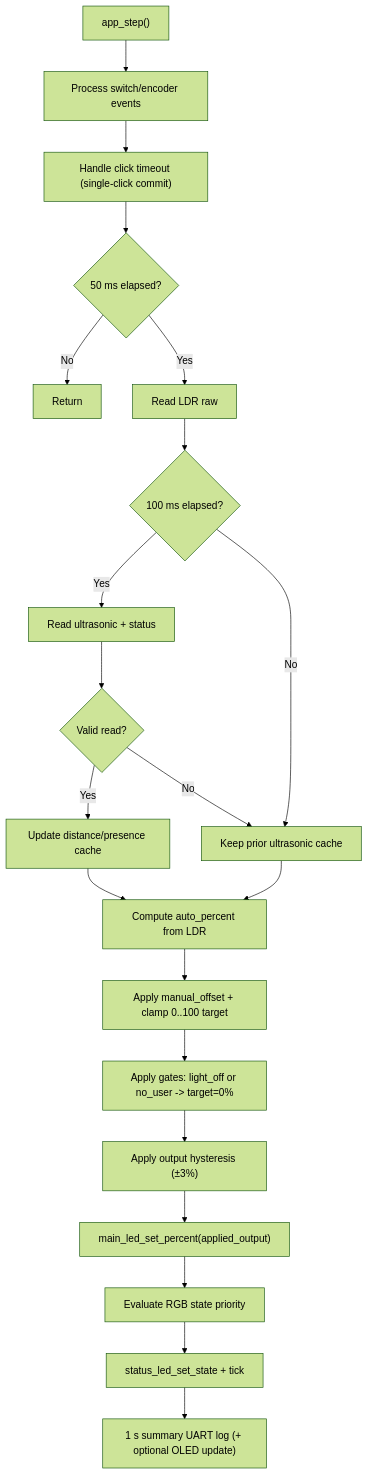
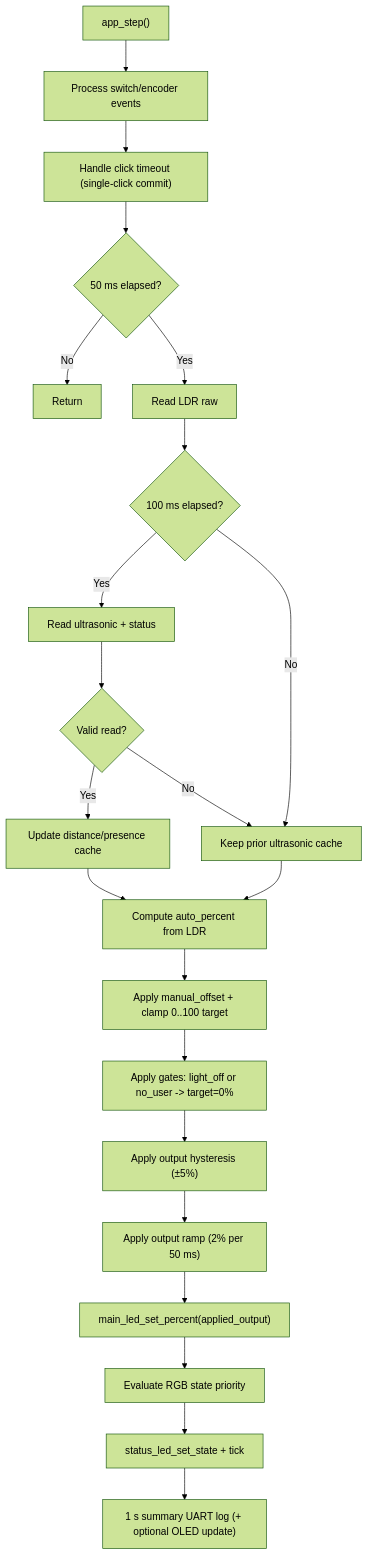
One commit to RJTPP/S-ADAPT-IoT changed the first of 2 diagrams in docs/architecture/business-logic.md. Above: the diagram before and after it, drawn with Mermaid (forest theme). The commit also changed other lines of this file and 3 other files, not shown here.

Commit message:
feat(app): add ramp-limited PWM output after hysteresis

````diff
--- a/docs/architecture/business-logic.md
+++ b/docs/architecture/business-logic.md
@@ -39,23 +40,24 @@
 ```mermaid
 flowchart TD
     A["app_step()"] --> B["Process switch/encoder events"]
     B --> C["Handle click timeout (single-click commit)"]
     C --> D{"50 ms elapsed?"}
     D -- "No" --> E["Return"]
     D -- "Yes" --> F["Read LDR raw"]
     F --> G{"100 ms elapsed?"}
     G -- "Yes" --> H["Read ultrasonic + status"]
     G -- "No" --> I["Keep prior ultrasonic cache"]
     H --> J{"Valid read?"}
     J -- "Yes" --> K["Update distance/presence cache"]
     J -- "No" --> I
     K --> L["Compute auto_percent from LDR"]
     I --> L
     L --> M["Apply manual_offset + clamp 0..100 target"]
     M --> N["Apply gates: light_off or no_user -> target=0%"]
-    N --> O["Apply output hysteresis (±3%)"]
-    O --> P["main_led_set_percent(applied_output)"]
-    P --> Q["Evaluate RGB state priority"]
-    Q --> R["status_led_set_state + tick"]
-    R --> S["1 s summary UART log (+ optional OLED update)"]
+    N --> O["Apply output hysteresis (±5%)"]
+    O --> P["Apply output ramp (2% per 50 ms)"]
+    P --> Q["main_led_set_percent(applied_output)"]
+    Q --> R["Evaluate RGB state priority"]
+    R --> S["status_led_set_state + tick"]
+    S --> T["1 s summary UART log (+ optional OLED update)"]
 ```
````
